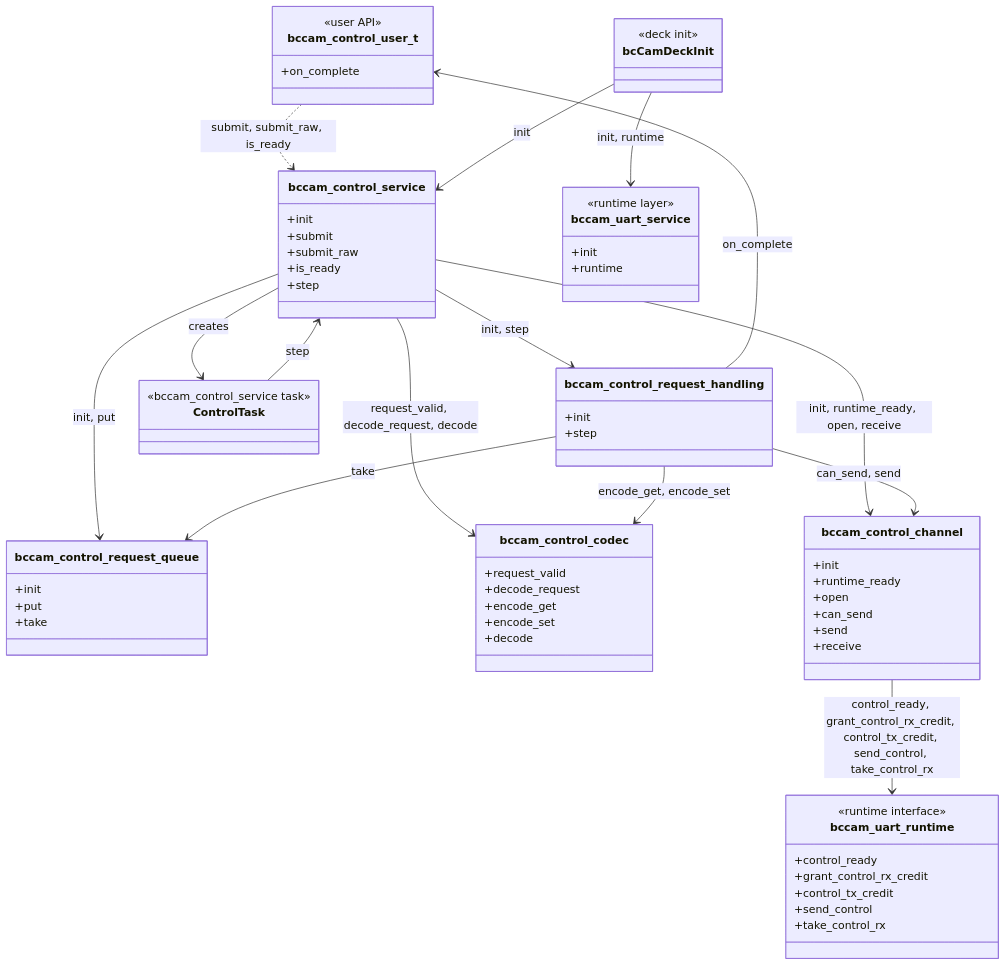
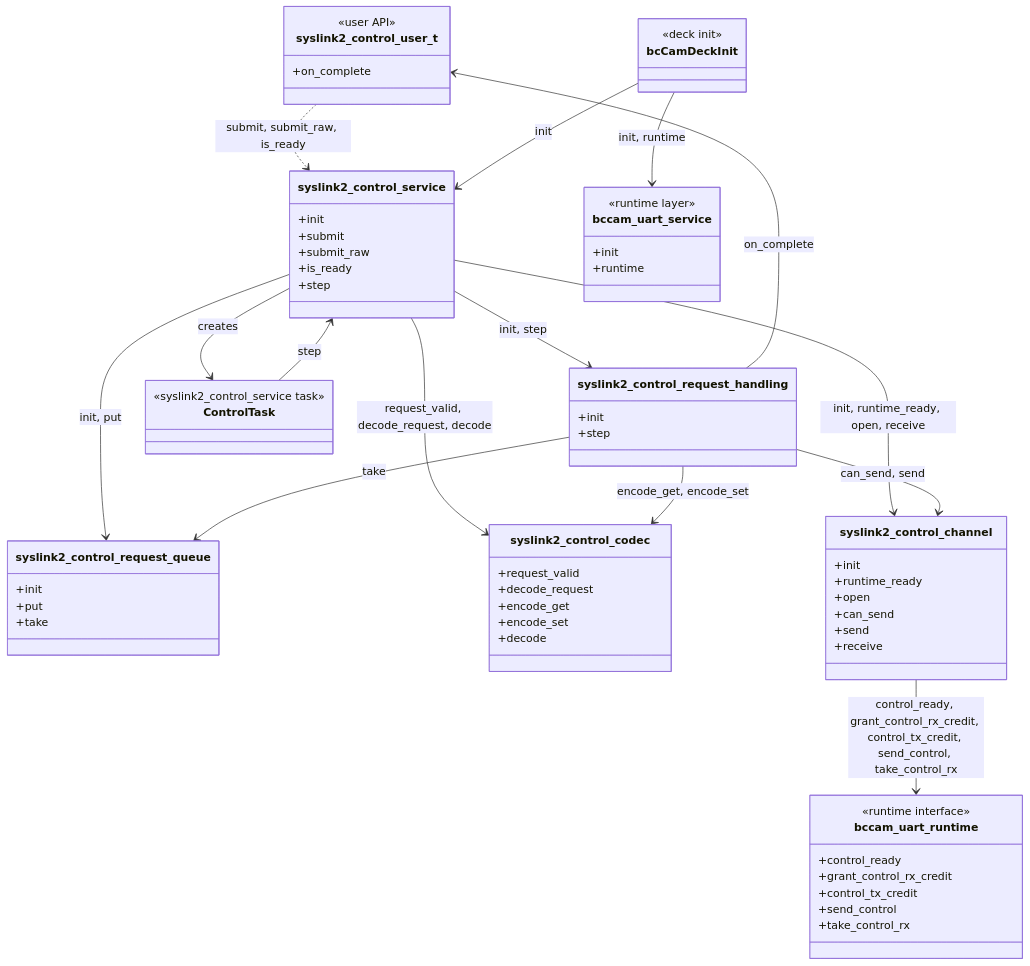
Before and after one commit to bitcraze/crazyflie-firmware: the first of 10 diagrams in docs/functional-areas/camera-deck-control.md, drawn with Mermaid. The commit also changed other lines of this file, not shown here.

Commit message:
docs: Renamed bccam_ to syslink2_

````diff
--- a/docs/functional-areas/camera-deck-control.md
+++ b/docs/functional-areas/camera-deck-control.md
@@ -166,12 +166,12 @@
 classDiagram
     direction TB
 
-    class bccam_control_user_t {
+    class syslink2_control_user_t {
         <<user API>>
         +on_complete
     }
 
-    class bccam_control_service {
+    class syslink2_control_service {
         +init
         +submit
         +submit_raw
@@ -179,18 +179,18 @@
         +step
     }
 
-    class bccam_control_request_queue {
+    class syslink2_control_request_queue {
         +init
         +put
         +take
     }
 
-    class bccam_control_request_handling {
+    class syslink2_control_request_handling {
         +init
         +step
     }
 
-    class bccam_control_codec {
+    class syslink2_control_codec {
         +request_valid
         +decode_request
         +encode_get
@@ -198,7 +198,7 @@
         +decode
     }
 
-    class bccam_control_channel {
+    class syslink2_control_channel {
         +init
         +runtime_ready
         +open
@@ -217,7 +217,7 @@
     }
 
     class ControlTask {
-        <<bccam_control_service task>>
+        <<syslink2_control_service task>>
     }
 
     class bccam_uart_service {
@@ -230,18 +230,18 @@
         <<deck init>>
     }
 
-    bccam_control_user_t ..> bccam_control_service : submit, submit_raw, is_ready
+    syslink2_control_user_t ..> syslink2_control_service : submit, submit_raw, is_ready
     bcCamDeckInit --> bccam_uart_service : init, runtime
-    bcCamDeckInit --> bccam_control_service : init
-    bccam_control_service --> ControlTask : creates
-    ControlTask --> bccam_control_service : step
-    bccam_control_service --> bccam_control_request_queue : init, put
-    bccam_control_service --> bccam_control_channel : init, runtime_ready, open, receive
-    bccam_control_service --> bccam_control_codec : request_valid, decode_request, decode
-    bccam_control_service --> bccam_control_request_handling : init, step
-    bccam_control_request_handling --> bccam_control_request_queue : take
-    bccam_control_request_handling --> bccam_control_codec : encode_get, encode_set
-    bccam_control_request_handling --> bccam_control_channel : can_send, send
-    bccam_control_request_handling --> bccam_control_user_t : on_complete
-    bccam_control_channel --> bccam_uart_runtime : control_ready, grant_control_rx_credit, control_tx_credit, send_control, take_control_rx
+    bcCamDeckInit --> syslink2_control_service : init
+    syslink2_control_service --> ControlTask : creates
+    ControlTask --> syslink2_control_service : step
+    syslink2_control_service --> syslink2_control_request_queue : init, put
+    syslink2_control_service --> syslink2_control_channel : init, runtime_ready, open, receive
+    syslink2_control_service --> syslink2_control_codec : request_valid, decode_request, decode
+    syslink2_control_service --> syslink2_control_request_handling : init, step
+    syslink2_control_request_handling --> syslink2_control_request_queue : take
+    syslink2_control_request_handling --> syslink2_control_codec : encode_get, encode_set
+    syslink2_control_request_handling --> syslink2_control_channel : can_send, send
+    syslink2_control_request_handling --> syslink2_control_user_t : on_complete
+    syslink2_control_channel --> bccam_uart_runtime : control_ready, grant_control_rx_credit, control_tx_credit, send_control, take_control_rx
 ```
````
